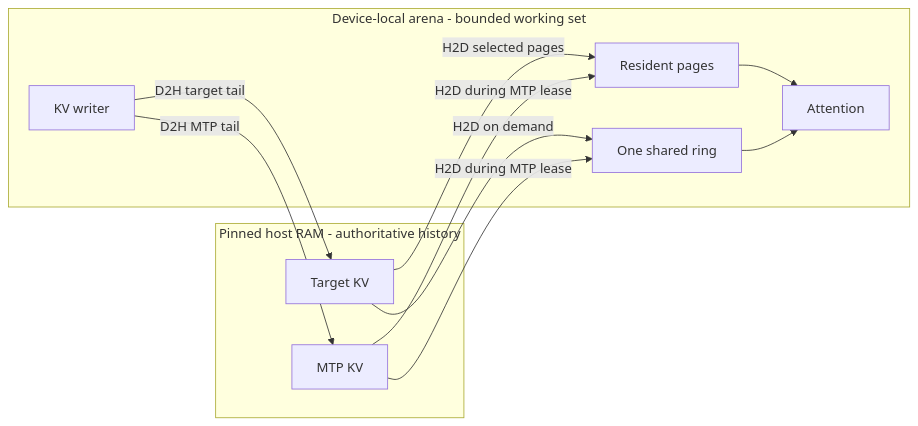
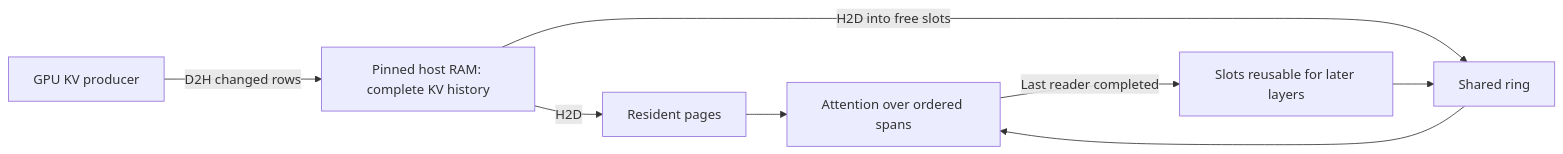
One commit to ggml-org/llama.cpp changed the first of 8 diagrams in README.md. Above: the diagram before and after it, drawn with Mermaid. The commit also changed other lines of this file and 6 other files, not shown here.

````diff
--- a/README.md
+++ b/README.md
@@ -197,21 +365,10 @@
 ```mermaid
 flowchart LR
-    subgraph Host["Pinned host RAM - authoritative history"]
-        TH["Target KV"]
-        MH["MTP KV"]
-    end
-    subgraph GPU["Device-local arena - bounded working set"]
-        RES["Resident pages"]
-        RING["One shared ring"]
-        ATT["Attention"]
-        WR["KV writer"]
-    end
-    TH -- "H2D selected pages" --> RES
-    TH -- "H2D on demand" --> RING
-    MH -- "H2D during MTP lease" --> RES
-    MH -- "H2D during MTP lease" --> RING
-    RES --> ATT
-    RING --> ATT
-    WR -- "D2H target tail" --> TH
-    WR -- "D2H MTP tail" --> MH
+    H["Pinned host RAM: complete KV history"] -->|H2D| P["Resident pages"]
+    H -->|H2D into free slots| R["Shared ring"]
+    P --> A["Attention over ordered spans"]
+    R --> A
+    W["GPU KV producer"] -->|D2H changed rows| H
+    A -->|Last reader completed| F["Slots reusable for later layers"]
+    F --> R
 ```
````
